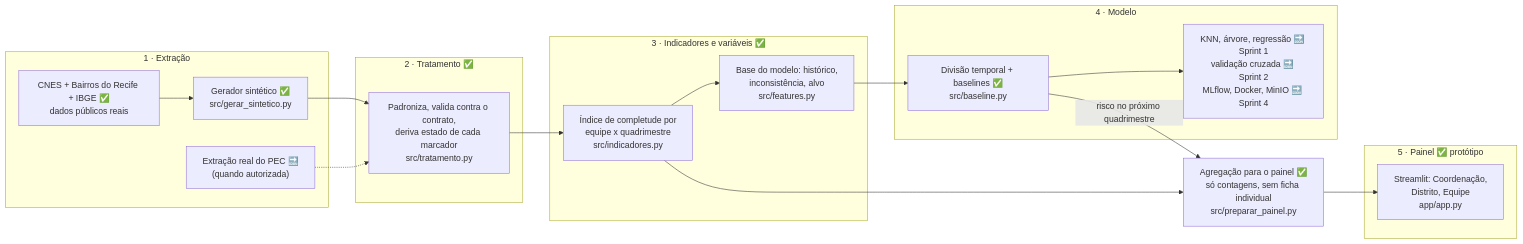
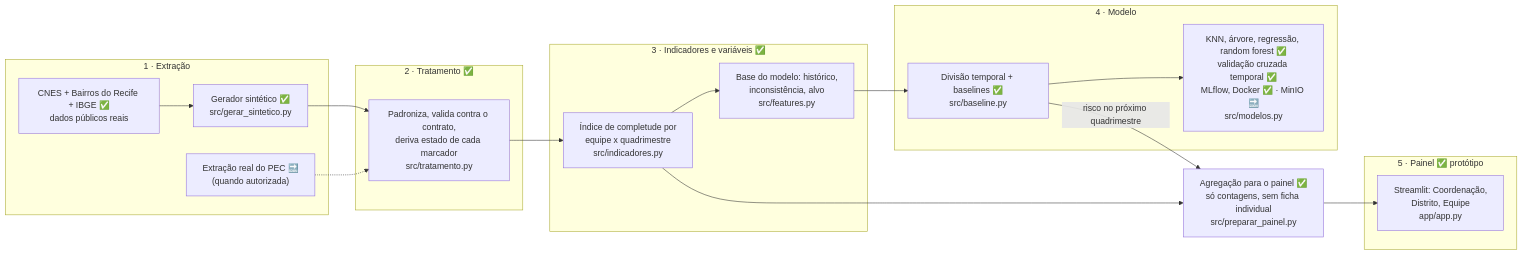
One commit to joaosouza-jota/painel-equidade-recife changed the diagram in docs/arquitetura.md. Above: the diagram before and after it, drawn with Mermaid. The commit also changed other lines of this file and 16 other files, not shown here.

````diff
--- a/docs/arquitetura.md
+++ b/docs/arquitetura.md
@@ -11,29 +11,29 @@
 ```mermaid
 flowchart LR
     subgraph E1["1 · Extração"]
         A1["Gerador sintético ✅<br/>src/gerar_sintetico.py"]
         A2["Extração real do PEC 🔜<br/>(quando autorizada)"]
         A3["CNES + Bairros do Recife + IBGE ✅<br/>dados públicos reais"]
     end
     subgraph E2["2 · Tratamento ✅"]
         B["Padroniza, valida contra o contrato,<br/>deriva estado de cada marcador<br/>src/tratamento.py"]
     end
     subgraph E3["3 · Indicadores e variáveis ✅"]
         C1["Índice de completude por<br/>equipe x quadrimestre<br/>src/indicadores.py"]
         C2["Base do modelo: histórico,<br/>inconsistência, alvo<br/>src/features.py"]
     end
     subgraph E4["4 · Modelo"]
         D1["Divisão temporal + baselines ✅<br/>src/baseline.py"]
-        D2["KNN, árvore, regressão 🔜 Sprint 1<br/>validação cruzada 🔜 Sprint 2<br/>MLflow, Docker, MinIO 🔜 Sprint 4"]
+        D2["KNN, árvore, regressão, random forest ✅<br/>validação cruzada temporal ✅<br/>MLflow, Docker ✅ · MinIO 🔜<br/>src/modelos.py"]
     end
     subgraph E5["5 · Painel ✅ protótipo"]
         F["Streamlit: Coordenação,<br/>Distrito, Equipe<br/>app/app.py"]
     end
     A1 --> B
     A2 -.-> B
     A3 --> A1
     B --> C1 --> C2 --> D1 --> D2
     C1 --> G["Agregação para o painel ✅<br/>só contagens, sem ficha individual<br/>src/preparar_painel.py"]
     D1 -- "risco no próximo quadrimestre" --> G
     G --> F
 ```
````
